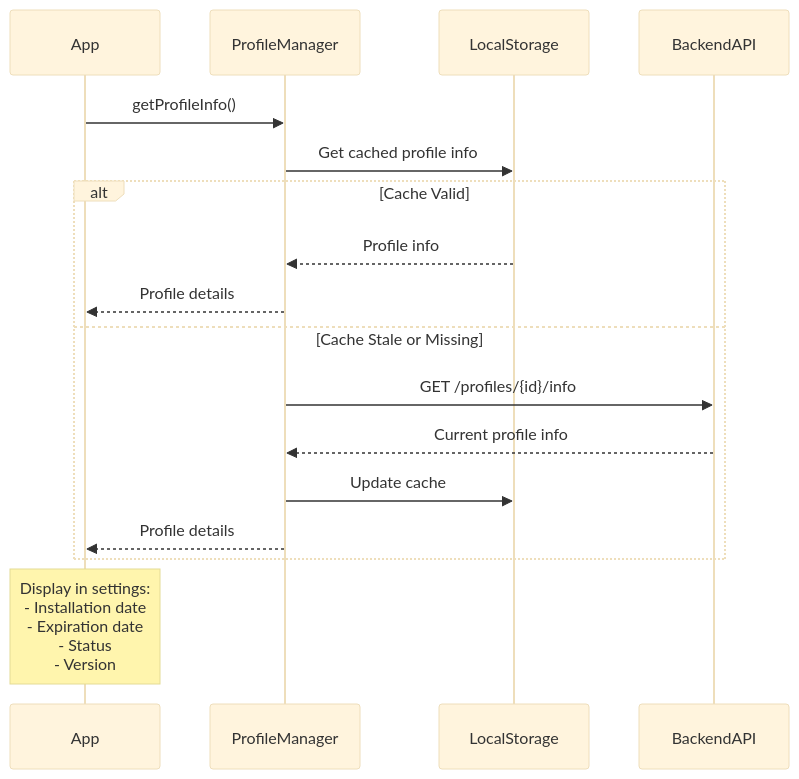
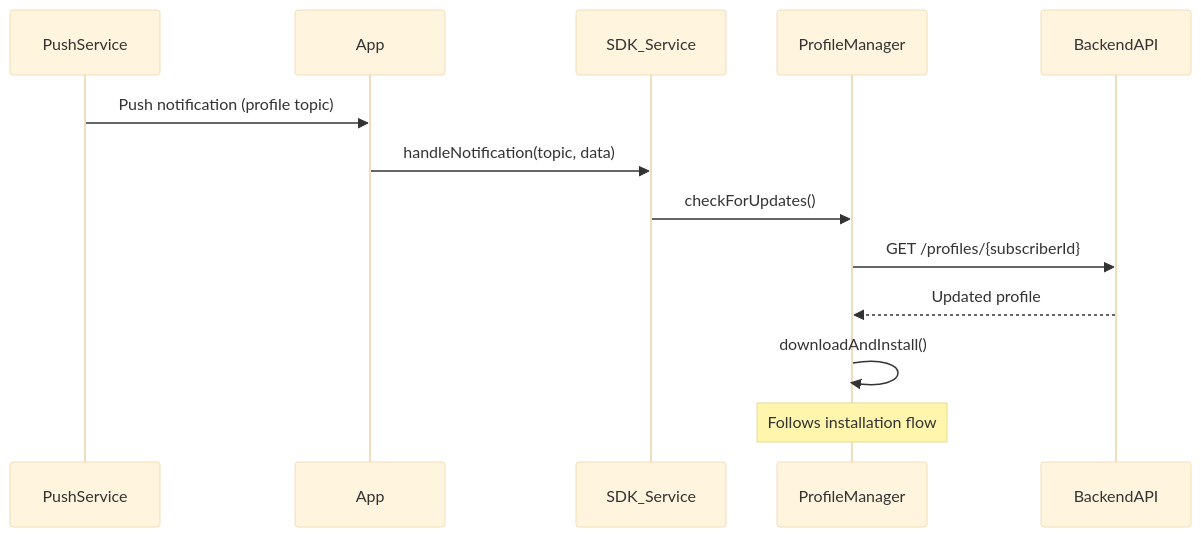
One commit to bellones/breakingnews changed the third of 3 diagrams in README.md. Above: the diagram before and after it, drawn with Mermaid (base theme). The commit also changed other lines of this file, not shown here.

````diff
--- a/README.md
+++ b/README.md
@@ -89,22 +88,18 @@
 ```mermaid
 sequenceDiagram
+    participant PushService
     participant App
+    participant SDK_Service
     participant ProfileManager
-    participant LocalStorage
     participant BackendAPI
     
-    App->>ProfileManager: getProfileInfo()
-    ProfileManager->>LocalStorage: Get cached profile info
+    PushService->>App: Push notification (profile topic)
+    App->>SDK_Service: handleNotification(topic, data)
+    SDK_Service->>ProfileManager: checkForUpdates()
     
-    alt Cache Valid
-        LocalStorage-->>ProfileManager: Profile info
-        ProfileManager-->>App: Profile details
-    else Cache Stale or Missing
-        ProfileManager->>BackendAPI: GET /profiles/{id}/info
-        BackendAPI-->>ProfileManager: Current profile info
-        ProfileManager->>LocalStorage: Update cache
-        ProfileManager-->>App: Profile details
-    end
+    ProfileManager->>BackendAPI: GET /profiles/{subscriberId}
+    BackendAPI-->>ProfileManager: Updated profile
     
-    Note over App: Display in settings:<br/>- Installation date<br/>- Expiration date<br/>- Status<br/>- Version
+    ProfileManager->>ProfileManager: downloadAndInstall()
+    Note over ProfileManager: Follows installation flow
 ```
````
